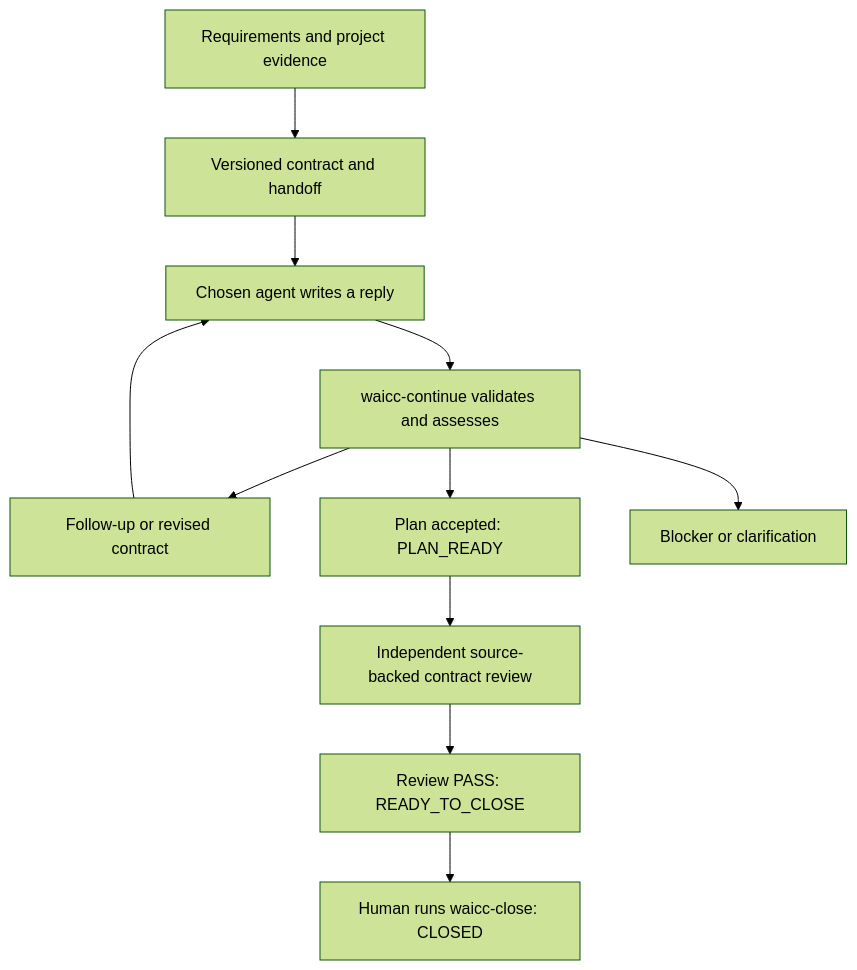
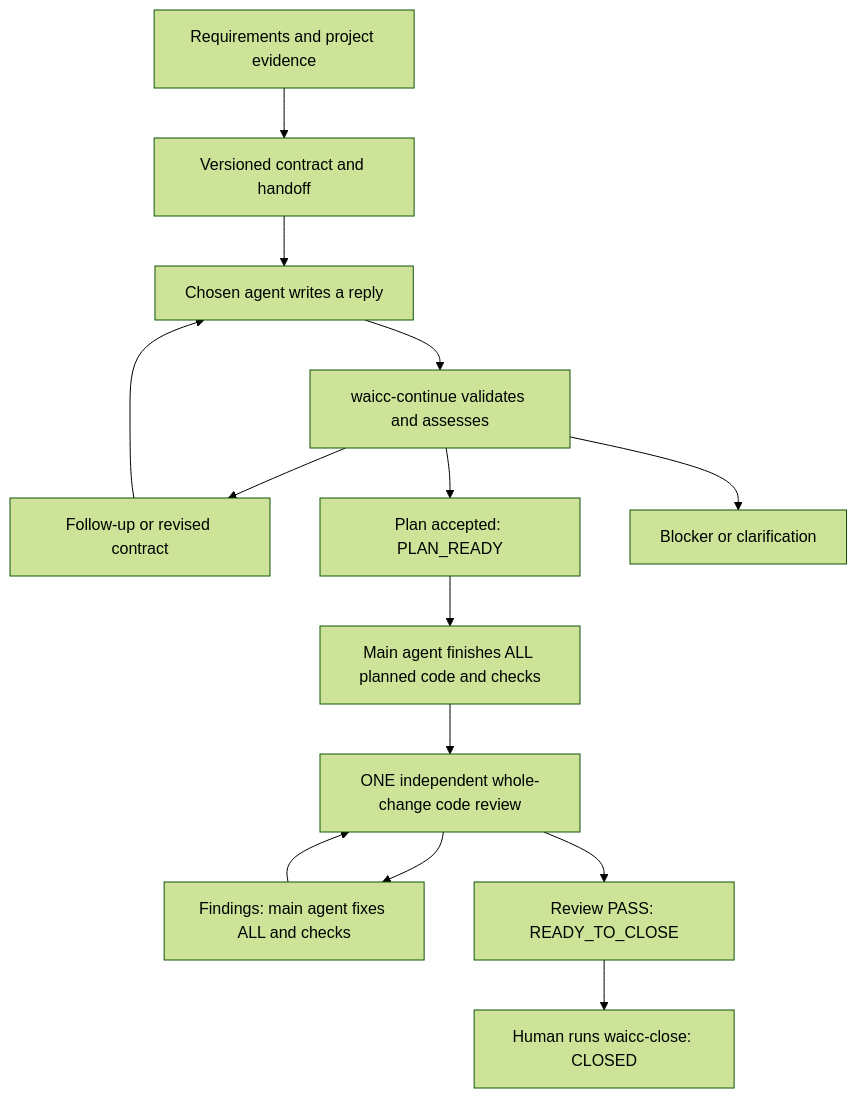
Before and after one commit to whatley95/pi-waicc: the diagram in README.md, drawn with Mermaid (forest theme). The commit also changed other lines of this file and 22 other files, not shown here.

Commit message:
Add optional work delegation and evidence-backed full code review

````diff
--- a/README.md
+++ b/README.md
@@ -79,13 +90,16 @@
 ```mermaid
 flowchart TD
     A[Requirements and project evidence] --> B[Versioned contract and handoff]
     B --> C[Chosen agent writes a reply]
     C --> D[waicc-continue validates and assesses]
     D --> E[Follow-up or revised contract]
     E --> C
     D --> F[Plan accepted: PLAN_READY]
     D --> G[Blocker or clarification]
-    F --> I[Independent source-backed contract review]
+    F --> H[Main agent finishes ALL planned code and checks]
+    H --> I[ONE independent whole-change code review]
+    I --> L[Findings: main agent fixes ALL and checks]
+    L --> I
     I --> J[Review PASS: READY_TO_CLOSE]
     J --> K[Human runs waicc-close: CLOSED]
 ```
````
